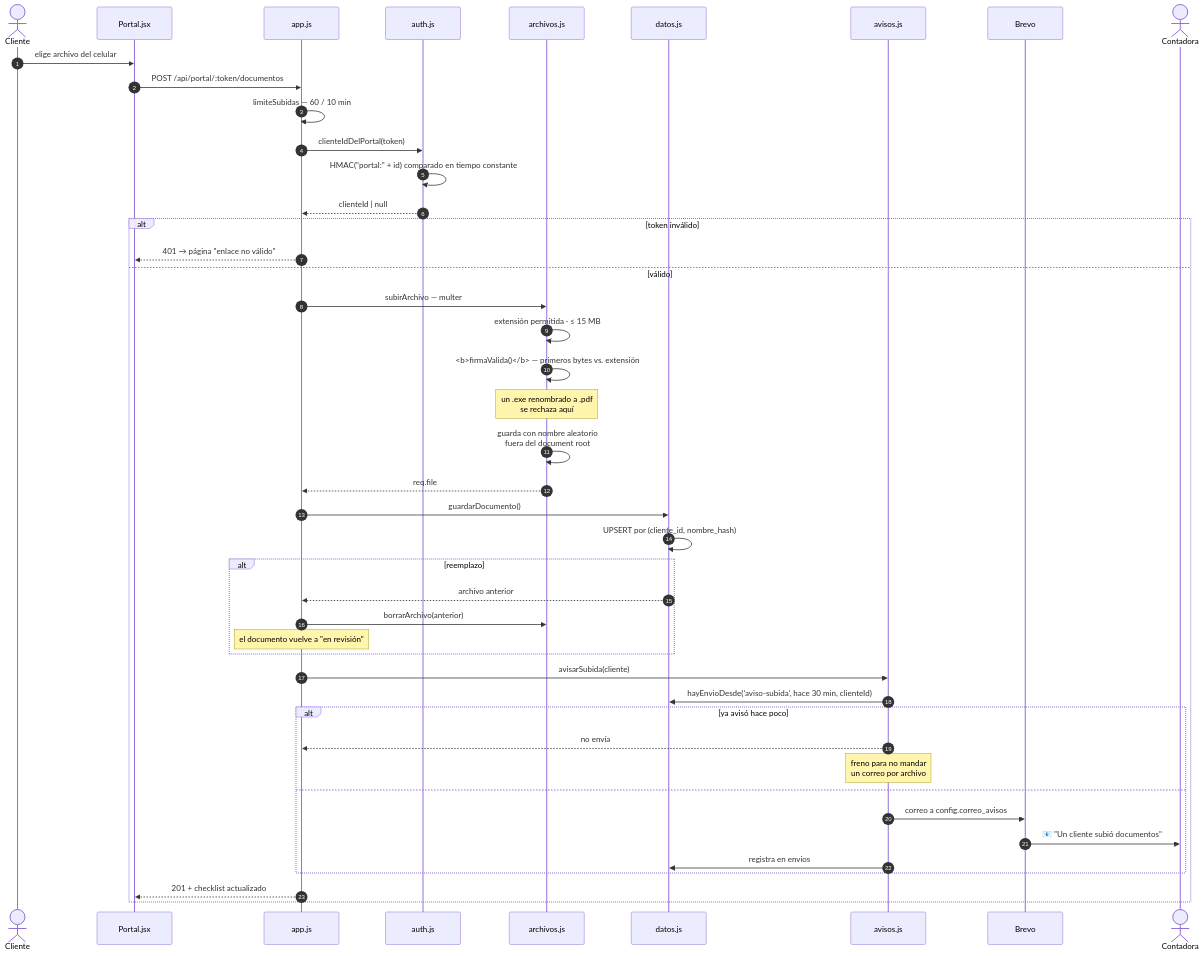
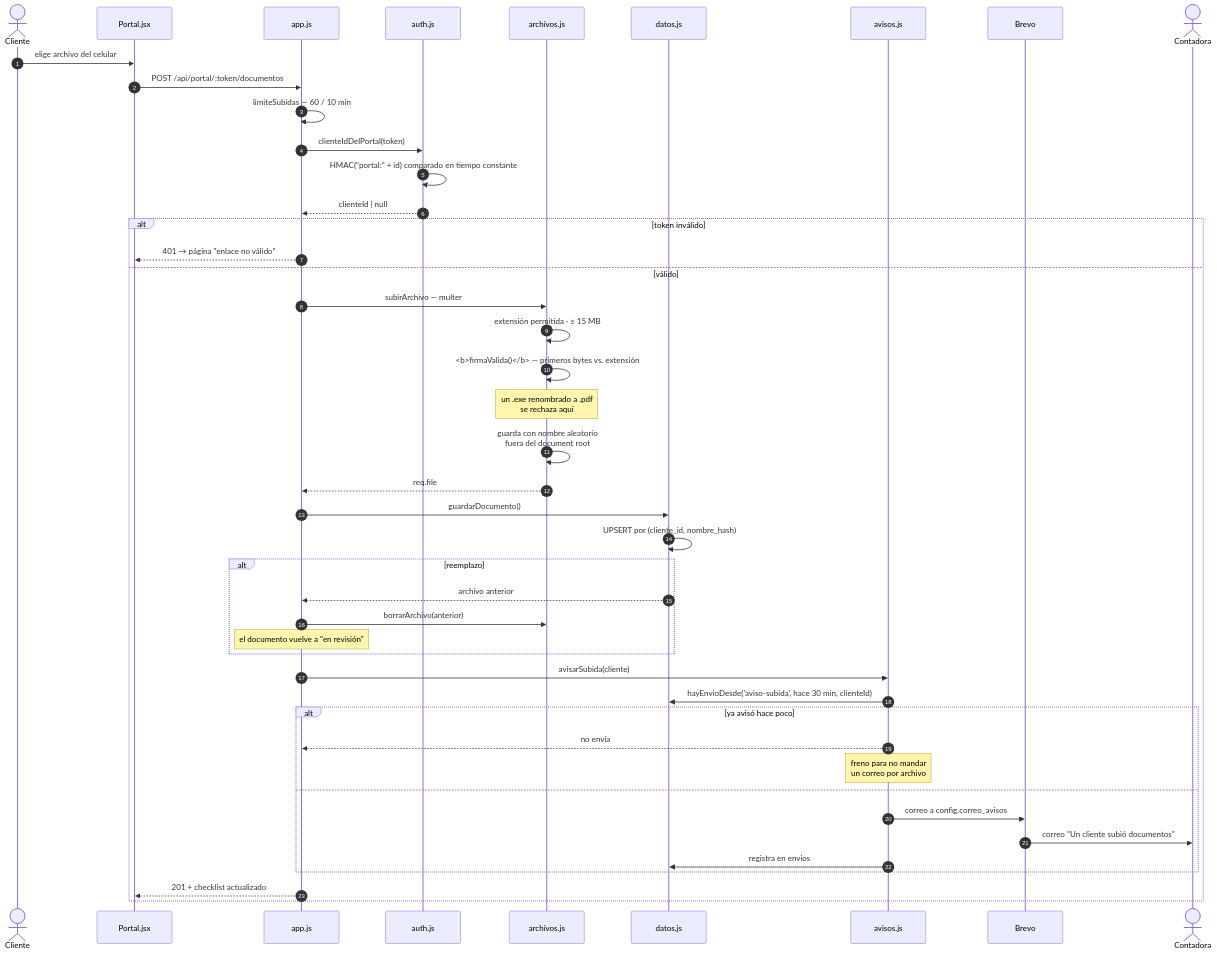
Before and after one commit to alexizher/portal-declaracion-renta: diagram 13 of 20 in docs/ARQUITECTURA.md, drawn with Mermaid. The commit also changed other lines of this file and 3 other files, not shown here.

````diff
--- a/docs/ARQUITECTURA.md
+++ b/docs/ARQUITECTURA.md
@@ -783,48 +783,48 @@
 ```mermaid
 sequenceDiagram
     autonumber
     actor CL as Cliente
     participant P as Portal.jsx
     participant API as app.js
     participant AU as auth.js
     participant AR as archivos.js
     participant D as datos.js
     participant AV as avisos.js
     participant B as Brevo
     actor CO as Contadora
 
     CL->>P: elige archivo del celular
     P->>API: POST /api/portal/:token/documentos
     API->>API: limiteSubidas — 60 / 10 min
     API->>AU: clienteIdDelPortal(token)
     AU->>AU: HMAC("portal:" + id) comparado en tiempo constante
     AU-->>API: clienteId | null
     alt token inválido
         API-->>P: 401 → página "enlace no válido"
     else válido
         API->>AR: subirArchivo — multer
         AR->>AR: extensión permitida · ≤ 15 MB
         AR->>AR: <b>firmaValida()</b> — primeros bytes vs. extensión
         Note over AR: un .exe renombrado a .pdf<br/>se rechaza aquí
         AR->>AR: guarda con nombre aleatorio<br/>fuera del document root
         AR-->>API: req.file
         API->>D: guardarDocumento()
         D->>D: UPSERT por (cliente_id, nombre_hash)
         alt reemplazo
             D-->>API: archivo anterior
             API->>AR: borrarArchivo(anterior)
             Note over API: el documento vuelve a "en revisión"
         end
         API->>AV: avisarSubida(cliente)
         AV->>D: hayEnvioDesde('aviso-subida', hace 30 min, clienteId)
         alt ya avisó hace poco
             AV-->>API: no envía
             Note over AV: freno para no mandar<br/>un correo por archivo
         else
             AV->>B: correo a config.correo_avisos
-            B->>CO: 📧 "Un cliente subió documentos"
+            B->>CO: correo "Un cliente subió documentos"
             AV->>D: registra en envios
         end
         API-->>P: 201 + checklist actualizado
     end
 ```
````
